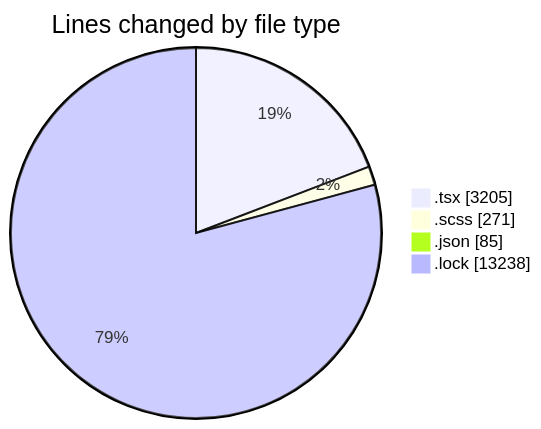
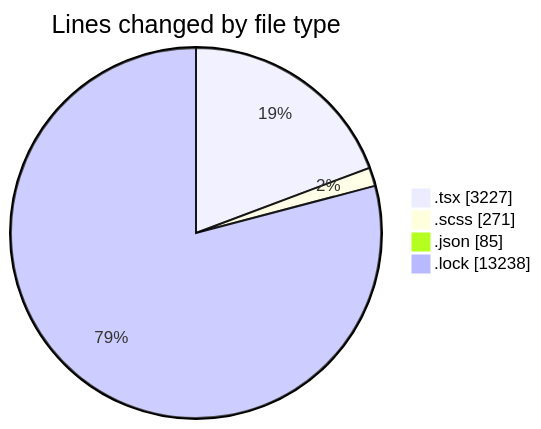
One commit to momahboobian/code-tracking changed the first of 2 diagrams in 2025-11-18/cda/README.md. Above: the diagram before and after it, drawn with Mermaid. The commit also changed other lines of this file and 1 other file, not shown here.

````diff
--- a/2025-11-18/cda/README.md
+++ b/2025-11-18/cda/README.md
@@ -29,8 +29,8 @@
 ```mermaid
 pie showData
 title Lines changed by file type
-".tsx" : 3205
+".tsx" : 3227
 ".scss" : 271
 ".json" : 85
 ".lock" : 13238
 ```
````
